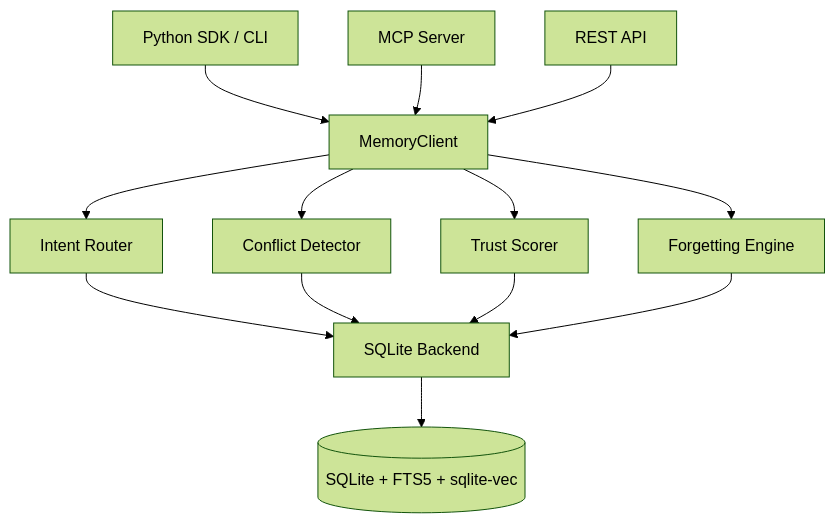
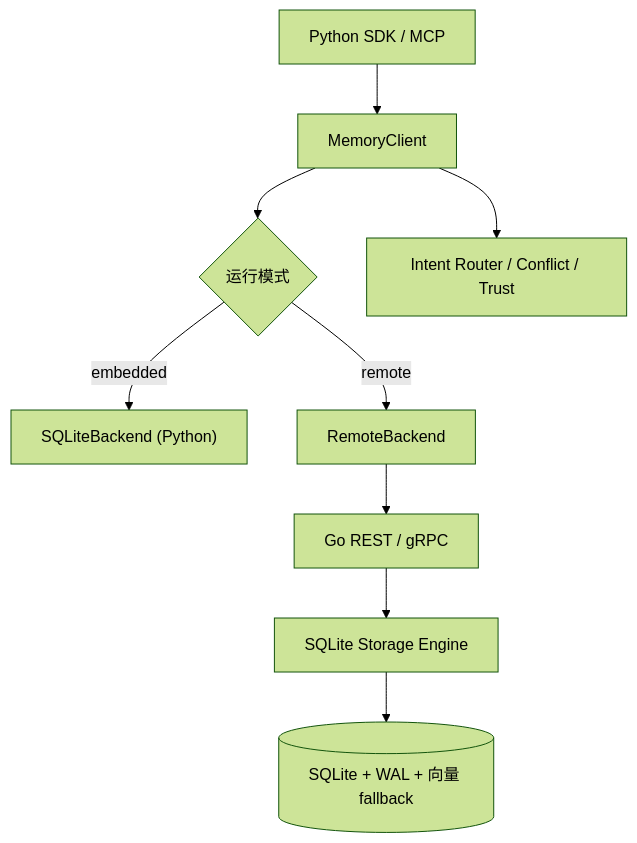
Before and after one commit to bakebakebakebake/agent-memory: the diagram in README.zh-CN.md, drawn with Mermaid (forest theme). The commit also changed other lines of this file and 70 other files, not shown here.

Commit message:
feat: add Go service layer and remote backend

````diff
--- a/README.zh-CN.md
+++ b/README.zh-CN.md
@@ -90,15 +107,11 @@
 ```mermaid
 graph TD
-    A["Python SDK / CLI"] --> B["MemoryClient"]
-    C["MCP Server"] --> B
-    D["REST API"] --> B
-    B --> E["Intent Router"]
-    B --> F["Conflict Detector"]
-    B --> G["Trust Scorer"]
-    B --> H["Forgetting Engine"]
-    E --> I["SQLite Backend"]
-    F --> I
-    G --> I
-    H --> I
-    I --> J[("SQLite + FTS5 + sqlite-vec")]
+    A["Python SDK / MCP"] --> B["MemoryClient"]
+    B --> C{"运行模式"}
+    C -->|"embedded"| D["SQLiteBackend (Python)"]
+    C -->|"remote"| E["RemoteBackend"]
+    E --> F["Go REST / gRPC"]
+    F --> G["SQLite Storage Engine"]
+    G --> H[("SQLite + WAL + 向量 fallback")]
+    B --> I["Intent Router / Conflict / Trust"]
 ```
````
